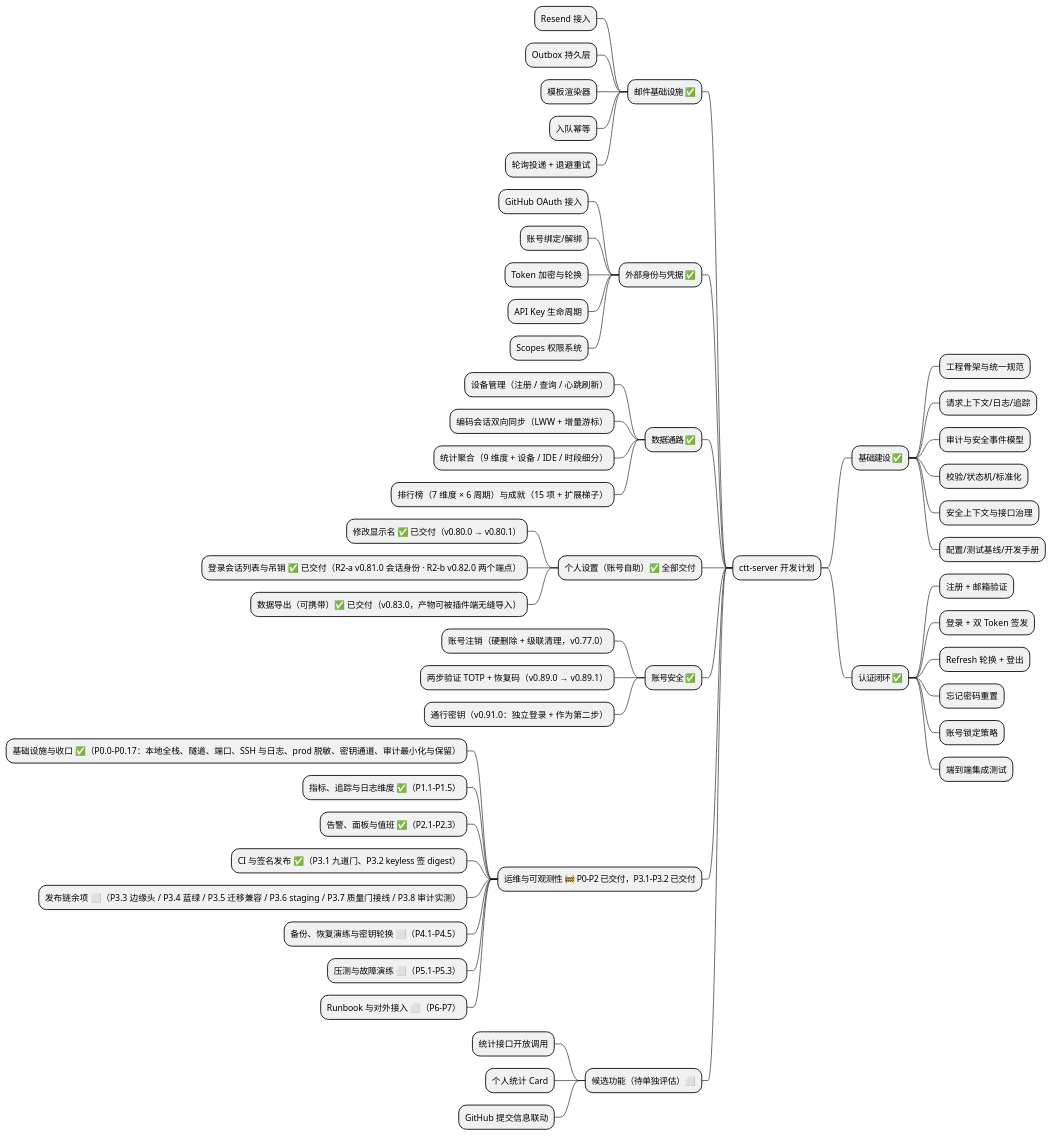
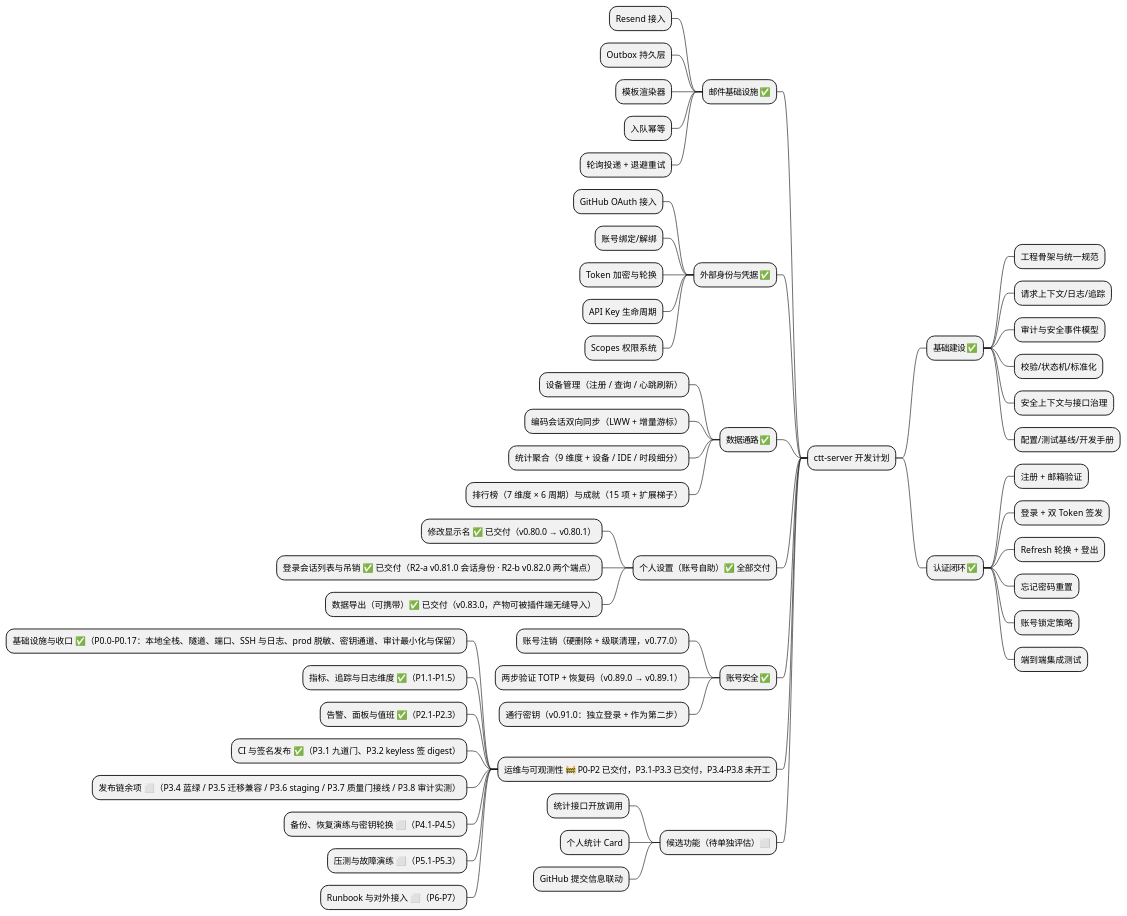
The first of 9 diagrams in .plans/ctt-server-development-plan.md (AhogeK/ctt-server), drawn with PlantUML before and after one commit. The commit also changed other lines of this file and 6 other files, not shown here.

````diff
--- a/.plans/ctt-server-development-plan.md
+++ b/.plans/ctt-server-development-plan.md
@@ -34,59 +34,59 @@
 ```plantuml
 @startmindmap
 * ctt-server 开发计划
 ** 基础建设 ✅
 *** 工程骨架与统一规范
 *** 请求上下文/日志/追踪
 *** 审计与安全事件模型
 *** 校验/状态机/标准化
 *** 安全上下文与接口治理
 *** 配置/测试基线/开发手册
 ** 认证闭环 ✅
 *** 注册 + 邮箱验证
 *** 登录 + 双 Token 签发
 *** Refresh 轮换 + 登出
 *** 忘记密码重置
 *** 账号锁定策略
 *** 端到端集成测试
 
 left side
 ** 邮件基础设施 ✅
 *** Resend 接入
 *** Outbox 持久层
 *** 模板渲染器
 *** 入队幂等
 *** 轮询投递 + 退避重试
 ** 外部身份与凭据 ✅
 *** GitHub OAuth 接入
 *** 账号绑定/解绑
 *** Token 加密与轮换
 *** API Key 生命周期
 *** Scopes 权限系统
 ** 数据通路 ✅
 *** 设备管理（注册 / 查询 / 心跳刷新）
 *** 编码会话双向同步（LWW + 增量游标）
 *** 统计聚合（9 维度 + 设备 / IDE / 时段细分）
 *** 排行榜（7 维度 × 6 周期）与成就（15 项 + 扩展梯子）
 ** 个人设置（账号自助）✅ 全部交付
 *** 修改显示名 ✅ 已交付（v0.80.0 → v0.80.1）
 *** 登录会话列表与吊销 ✅ 已交付（R2-a v0.81.0 会话身份 · R2-b v0.82.0 两个端点）
 *** 数据导出（可携带）✅ 已交付（v0.83.0，产物可被插件端无缝导入）
 ** 账号安全 ✅
 *** 账号注销（硬删除 + 级联清理，v0.77.0）
 *** 两步验证 TOTP + 恢复码（v0.89.0 → v0.89.1）
 *** 通行密钥（v0.91.0：独立登录 + 作为第二步）
-** 运维与可观测性 🚧 P0–P2 已交付，P3.1–P3.2 已交付
+** 运维与可观测性 🚧 P0–P2 已交付，P3.1–P3.3 已交付，P3.4–P3.8 未开工
 *** 基础设施与收口 ✅（P0.0–P0.17：本地全栈、隧道、端口、SSH 与日志、prod 脱敏、密钥通道、审计最小化与保留）
 *** 指标、追踪与日志维度 ✅（P1.1–P1.5）
 *** 告警、面板与值班 ✅（P2.1–P2.3）
 *** CI 与签名发布 ✅（P3.1 九道门、P3.2 keyless 签 digest）
-*** 发布链余项 ⬜（P3.3 边缘头 / P3.4 蓝绿 / P3.5 迁移兼容 / P3.6 staging / P3.7 质量门接线 / P3.8 审计实测）
+*** 发布链余项 ⬜（P3.4 蓝绿 / P3.5 迁移兼容 / P3.6 staging / P3.7 质量门接线 / P3.8 审计实测）
 *** 备份、恢复演练与密钥轮换 ⬜（P4.1–P4.5）
 *** 压测与故障演练 ⬜（P5.1–P5.3）
 *** Runbook 与对外接入 ⬜（P6–P7）
 ** 候选功能（待单独评估）⬜
 *** 统计接口开放调用
 *** 个人统计 Card
 *** GitHub 提交信息联动
 @endmindmap
 ```
````
